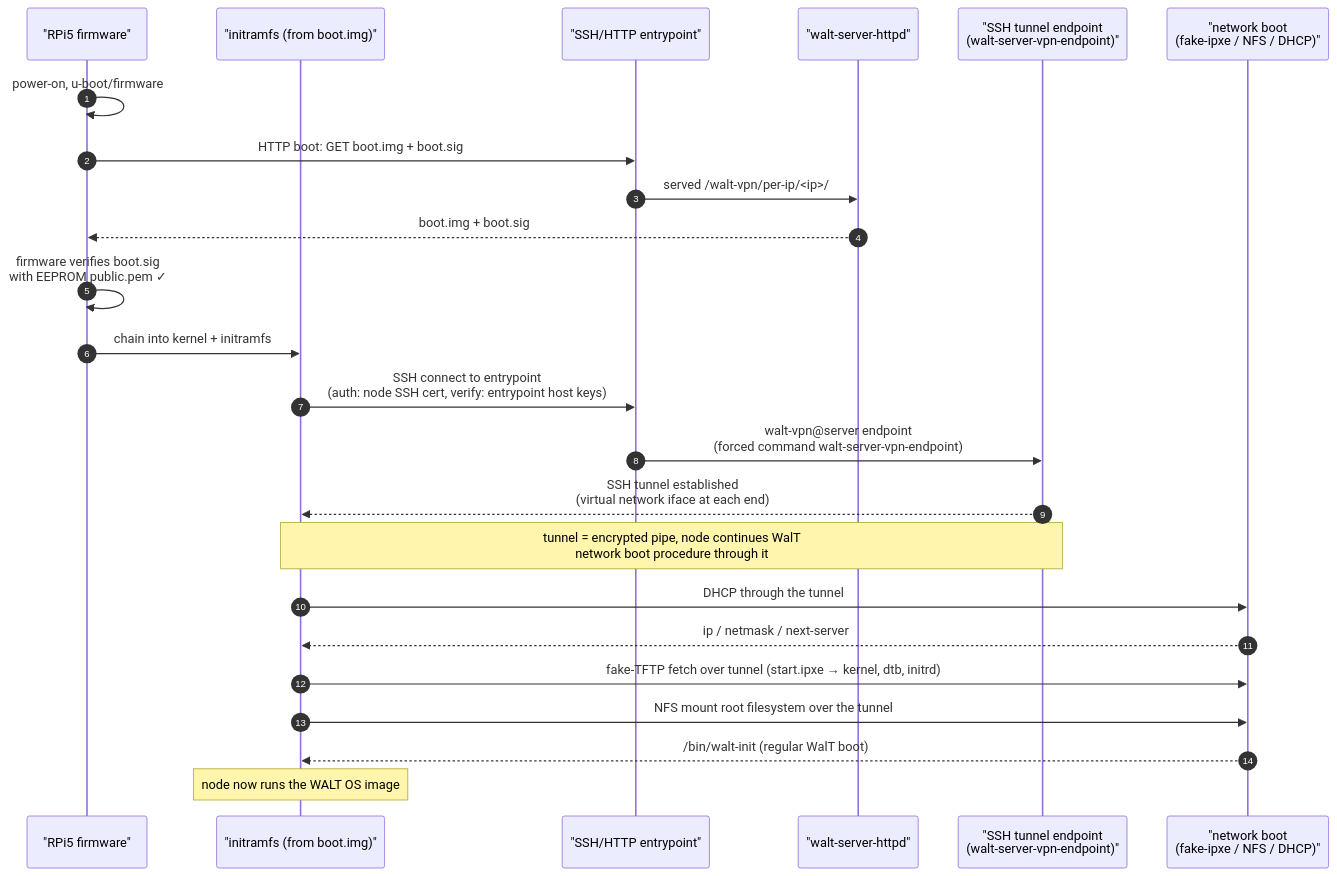
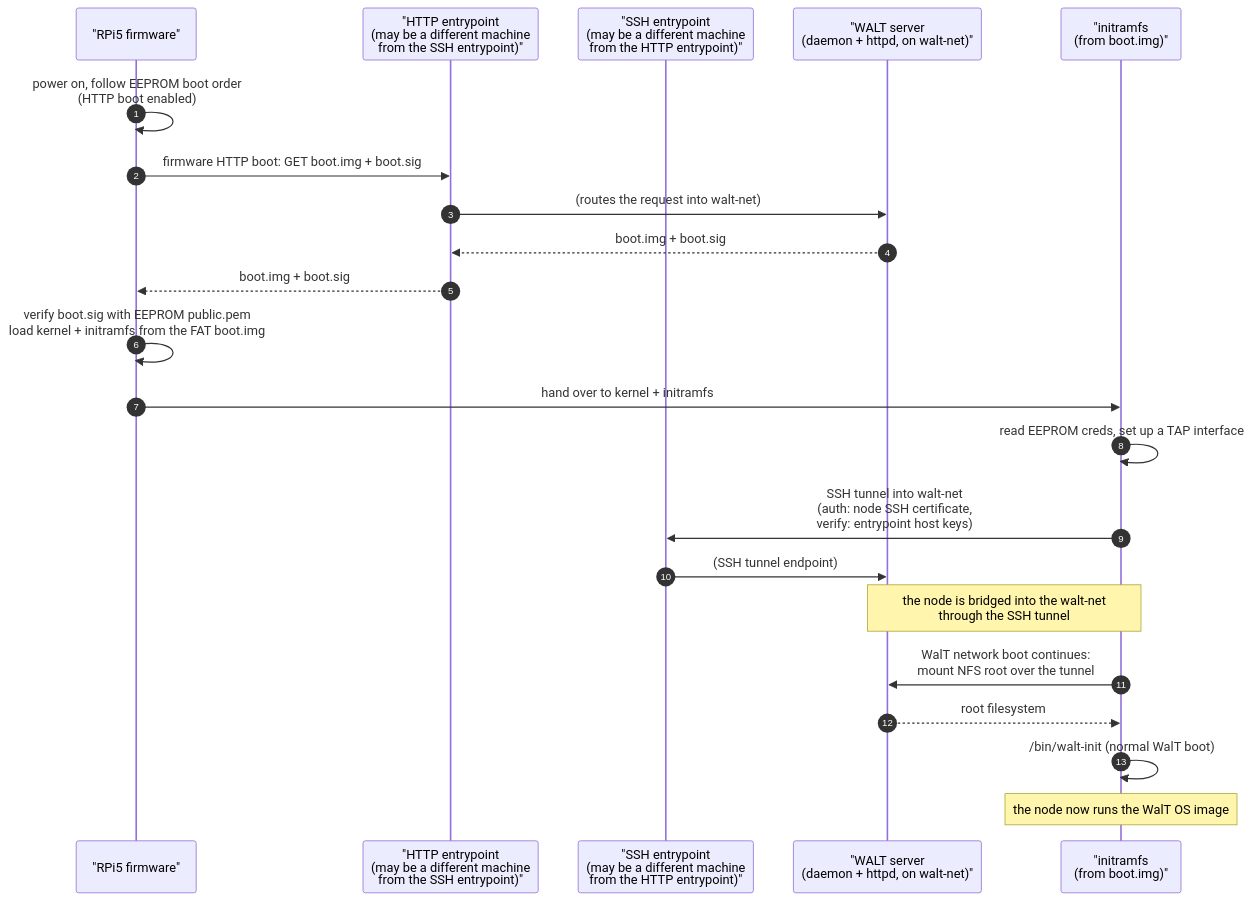
One commit to drakkar-lig/walt-python-packages changed the fifth of 6 diagrams in vpn-boot-diagrams.md. Above: the diagram before and after it, drawn with Mermaid. The commit also changed other lines of this file, not shown here.

Commit message:
wip2 -- vpn-boot-diagrams.md

````diff
--- a/vpn-boot-diagrams.md
+++ b/vpn-boot-diagrams.md
@@ -172,29 +187,25 @@
 ```mermaid
 sequenceDiagram
     autonumber
     participant R as "RPi5 firmware"
-    participant IM as "initramfs (from boot.img)"
-    participant EP as "SSH/HTTP entrypoint"
-    participant HTTP as "walt-server-httpd"
-    participant TUN as "SSH tunnel endpoint<br/>(walt-server-vpn-endpoint)"
-    participant NB as "network boot<br/>(fake-ipxe / NFS / DHCP)"
+    participant EPHTTP as "HTTP entrypoint<br/>(may be a different machine<br/>from the SSH entrypoint)"
+    participant EPSSH as "SSH entrypoint<br/>(may be a different machine<br/>from the HTTP entrypoint)"
+    participant S as "WALT server<br/>(daemon + httpd, on walt-net)"
+    participant IM as "initramfs<br/>(from boot.img)"
 
-    R->>R: power-on, u-boot/firmware
-    R->>EP: HTTP boot: GET boot.img + boot.sig
-    EP->>HTTP: served /walt-vpn/per-ip/<ip>/
-    HTTP-->>R: boot.img + boot.sig
-    R->>R: firmware verifies boot.sig<br/>with EEPROM public.pem ✓
-    R->>IM: chain into kernel + initramfs
-
-    IM->>EP: SSH connect to entrypoint<br/>(auth: node SSH cert, verify: entrypoint host keys)
-    EP->>TUN: walt-vpn@server endpoint<br/>(forced command walt-server-vpn-endpoint)
-    TUN-->>IM: SSH tunnel established<br/>(virtual network iface at each end)
-    Note over IM,TUN: tunnel = encrypted pipe, node continues WalT<br/>network boot procedure through it
-
-    IM->>NB: DHCP through the tunnel
-    NB-->>IM: ip / netmask / next-server
-    IM->>NB: fake-TFTP fetch over tunnel (start.ipxe → kernel, dtb, initrd)
-    IM->>NB: NFS mount root filesystem over the tunnel
-    NB-->>IM: /bin/walt-init (regular WalT boot)
-    Note over IM: node now runs the WALT OS image
+    R->>R: power on, follow EEPROM boot order<br/>(HTTP boot enabled)
+    R->>EPHTTP: firmware HTTP boot: GET boot.img + boot.sig
+    EPHTTP->>S: (routes the request into walt-net)
+    S-->>EPHTTP: boot.img + boot.sig
+    EPHTTP-->>R: boot.img + boot.sig
+    R->>R: verify boot.sig with EEPROM public.pem<br/>load kernel + initramfs from the FAT boot.img
+    R->>IM: hand over to kernel + initramfs
+    IM->>IM: read EEPROM creds, set up a TAP interface
+    IM->>EPSSH: SSH tunnel into walt-net<br/>(auth: node SSH certificate,<br/>verify: entrypoint host keys)
+    EPSSH->>S: (SSH tunnel endpoint)
+    Note over IM,S: the node is bridged into the walt-net<br/>through the SSH tunnel
+    IM->>S: WalT network boot continues:<br/>mount NFS root over the tunnel
+    S-->>IM: root filesystem
+    IM->>IM: /bin/walt-init (normal WalT boot)
+    Note over IM: the node now runs the WalT OS image
 ```
````
